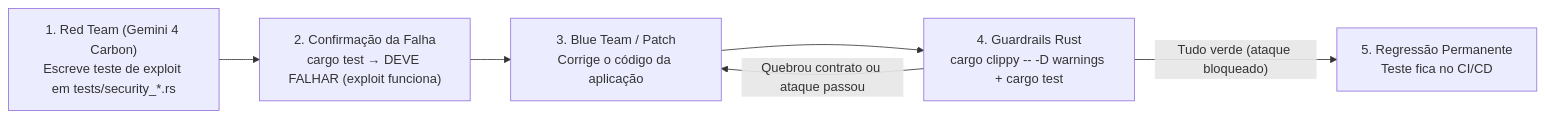
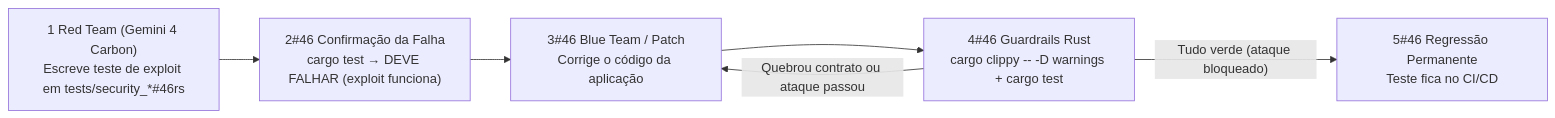
Before and after one commit to Wattrelos/Guia_desenvolvimento_software: the diagram in seguranca/pentest-gemini-carbon.md, drawn with Mermaid.

Commit message:
Correção do diagrama Mermaid

````diff
--- a/seguranca/pentest-gemini-carbon.md
+++ b/seguranca/pentest-gemini-carbon.md
@@ -97,8 +97,8 @@
 ```mermaid
 flowchart LR
-    A["1. Red Team (Gemini 4 Carbon)<br/>Escreve teste de exploit em tests/security_*.rs"] --> B["2. Confirmação da Falha<br/>cargo test → DEVE FALHAR (exploit funciona)"]
-    B --> C["3. Blue Team / Patch<br/>Corrige o código da aplicação"]
-    C --> D["4. Guardrails Rust<br/>cargo clippy -- -D warnings + cargo test"]
+    A["1 Red Team (Gemini 4 Carbon)<br/>Escreve teste de exploit em tests/security_*#46rs"] --> B["2#46 Confirmação da Falha<br/>cargo test → DEVE FALHAR (exploit funciona)"]
+    B --> C["3#46 Blue Team / Patch<br/>Corrige o código da aplicação"]
+    C --> D["4#46 Guardrails Rust<br/>cargo clippy -- -D warnings + cargo test"]
     D -->|"Quebrou contrato ou ataque passou"| C
-    D -->|"Tudo verde (ataque bloqueado)"| E["5. Regressão Permanente<br/>Teste fica no CI/CD"]
+    D -->|"Tudo verde (ataque bloqueado)"| E["5#46 Regressão Permanente<br/>Teste fica no CI/CD"]
 ```
````
